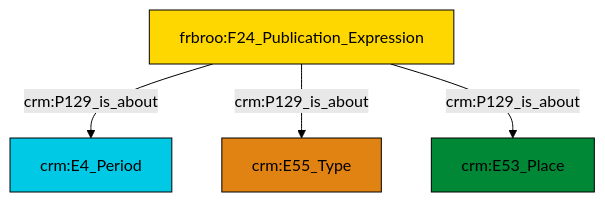
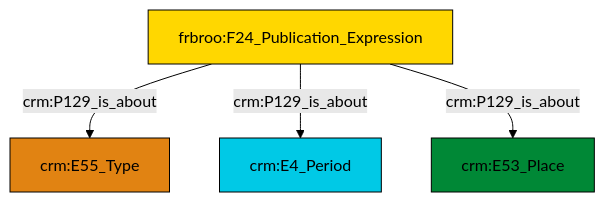
The diagram in et/biblioCSV/ttl/mmd/biblio_aboutness.ttl.mmd (swiss-art-research-net/docs.swissartresearch), drawn with Mermaid (forest theme) before and after one commit. The commit also changed 178 other files, not shown here.

```diff
--- a/et/biblioCSV/ttl/mmd/biblio_aboutness.ttl.mmd
+++ b/et/biblioCSV/ttl/mmd/biblio_aboutness.ttl.mmd
@@ -1,18 +1,18 @@
 graph TD
 classDef Literal fill:#f2f2f2,stroke:#000000;
 classDef CRM_Entity fill:#FFFFFF,stroke:#000000;
 classDef Temporal_Entity fill:#00C9E6, stroke:#000000;
 classDef Type fill:#E18312, stroke:#000000;
 classDef Time-Span fill:#2C9C91, stroke:#000000;
 classDef Appellation fill:#FFEB7F, stroke:#000000;
 classDef Place fill:#008836, stroke:#000000;
 classDef Persistent_Item fill:#B266B2, stroke:#000000;
 classDef Conceptual_Object fill:#FFD700, stroke:#000000;
 classDef Physical_Thing fill:#D2B48C, stroke:#000000;
 classDef Actor fill:#f58aad, stroke:#000000;
 classDef PC_Classes fill:#4ce600, stroke:#000000;
 classDef Multi fill:#cccccc,stroke:#000000;
 
-4["frbroo:F24_Publication_Expression"]:::Conceptual_Object -->|crm:P129_is_about| 5["crm:E4_Period"]:::Temporal_Entity
-4["frbroo:F24_Publication_Expression"]:::Conceptual_Object -->|crm:P129_is_about| 2["crm:E55_Type"]:::Type
-4["frbroo:F24_Publication_Expression"]:::Conceptual_Object -->|crm:P129_is_about| 0["crm:E53_Place"]:::Place
+2["frbroo:F24_Publication_Expression"]:::Conceptual_Object -->|crm:P129_is_about| 0["crm:E55_Type"]:::Type
+2["frbroo:F24_Publication_Expression"]:::Conceptual_Object -->|crm:P129_is_about| 3["crm:E4_Period"]:::Temporal_Entity
+2["frbroo:F24_Publication_Expression"]:::Conceptual_Object -->|crm:P129_is_about| 4["crm:E53_Place"]:::Place
```
